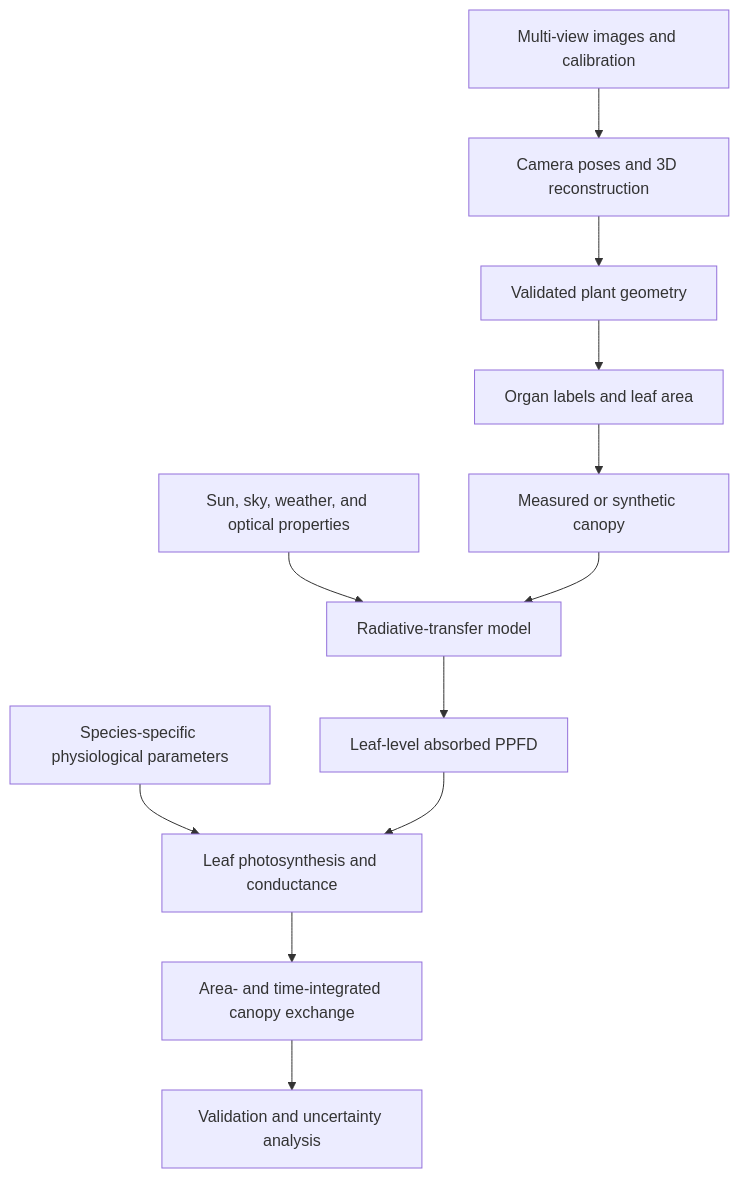
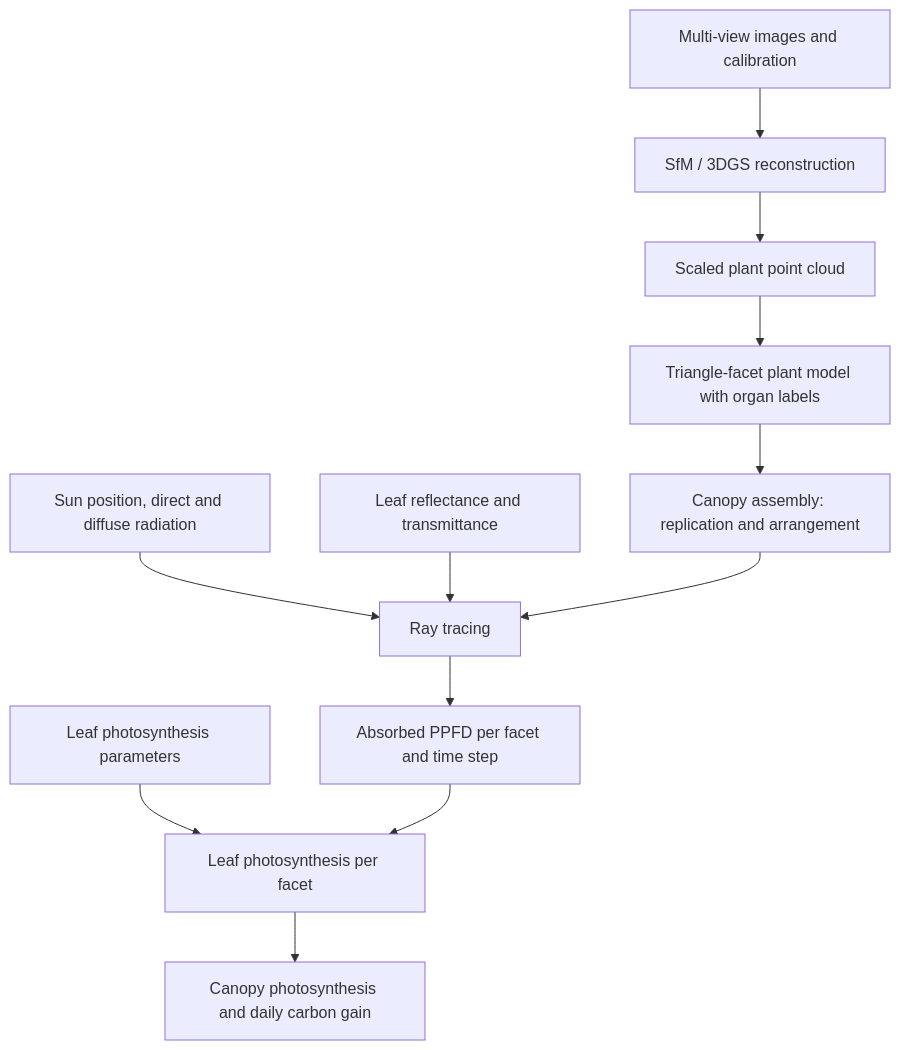
One commit to smiler488/smiler488.github.io changed the diagram in blog/2023-08-20-canopy-photosynthesis-modeling.md. Above: the diagram before and after it, drawn with Mermaid. The commit also changed other lines of this file and 38 other files, not shown here.

````diff
--- a/blog/2023-08-20-canopy-photosynthesis-modeling.md
+++ b/blog/2023-08-20-canopy-photosynthesis-modeling.md
@@ -31,14 +31,14 @@
 ```mermaid
 flowchart TD
-    A[Multi-view images and calibration] --> B[Camera poses and 3D reconstruction]
-    B --> C[Validated plant geometry]
-    C --> D[Organ labels and leaf area]
-    D --> E[Measured or synthetic canopy]
-    F[Sun, sky, weather, and optical properties] --> G[Radiative-transfer model]
+    A[Multi-view images and calibration] --> B[SfM / 3DGS reconstruction]
+    B --> C[Scaled plant point cloud]
+    C --> D[Triangle-facet plant model with organ labels]
+    D --> E[Canopy assembly: replication and arrangement]
+    F[Sun position, direct and diffuse radiation] --> G[Ray tracing]
+    O[Leaf reflectance and transmittance] --> G
     E --> G
-    G --> H[Leaf-level absorbed PPFD]
-    I[Species-specific physiological parameters] --> J[Leaf photosynthesis and conductance]
+    G --> H[Absorbed PPFD per facet and time step]
+    I[Leaf photosynthesis parameters] --> J[Leaf photosynthesis per facet]
     H --> J
-    J --> K[Area- and time-integrated canopy exchange]
-    K --> L[Validation and uncertainty analysis]
+    J --> K[Canopy photosynthesis and daily carbon gain]
 ```
````
